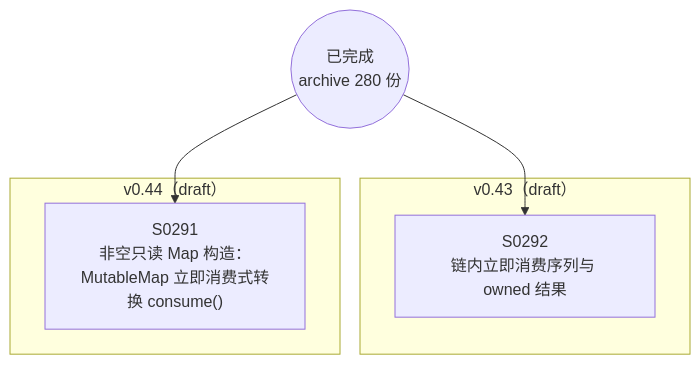
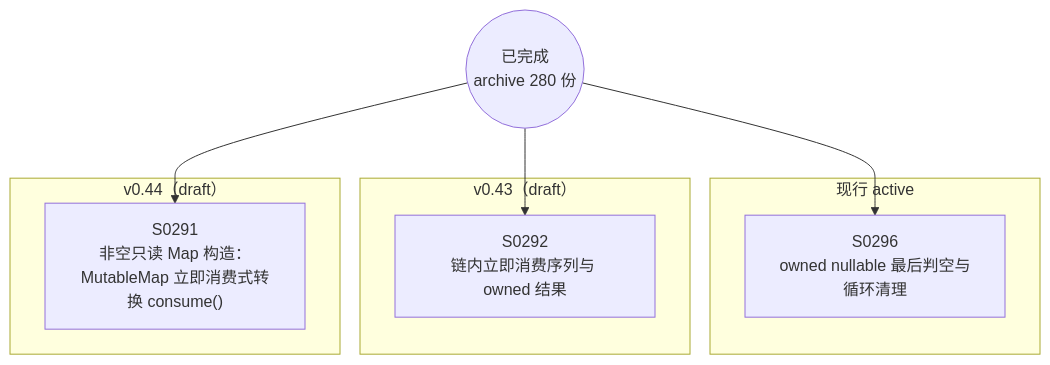
One commit to Halckon/Koven changed the diagram in docs/specs/dependency-graph.md. Above: the diagram before and after it, drawn with Mermaid. The commit also changed other lines of this file and 7 other files, not shown here.

Commit message:
docs(spec): define owned nullable cleanup repair (SPEC-0296)

````diff
--- a/docs/specs/dependency-graph.md
+++ b/docs/specs/dependency-graph.md
@@ -9,12 +9,16 @@
 ```mermaid
 flowchart TD
 ARCH(("已完成<br/>archive 280 份"))
+subgraph Gactive["现行 active"]
+  S0296["S0296<br/>owned nullable 最后判空与循环清理"]
+end
 subgraph Gdrafts_v043["v0.43（draft）"]
   S0292["S0292<br/>链内立即消费序列与 owned 结果"]
 end
 subgraph Gdrafts_v044["v0.44（draft）"]
   S0291["S0291<br/>非空只读 Map 构造：MutableMap 立即消费式转换 consume()"]
 end
 ARCH --> S0291
 ARCH --> S0292
+ARCH --> S0296
 ```
````
